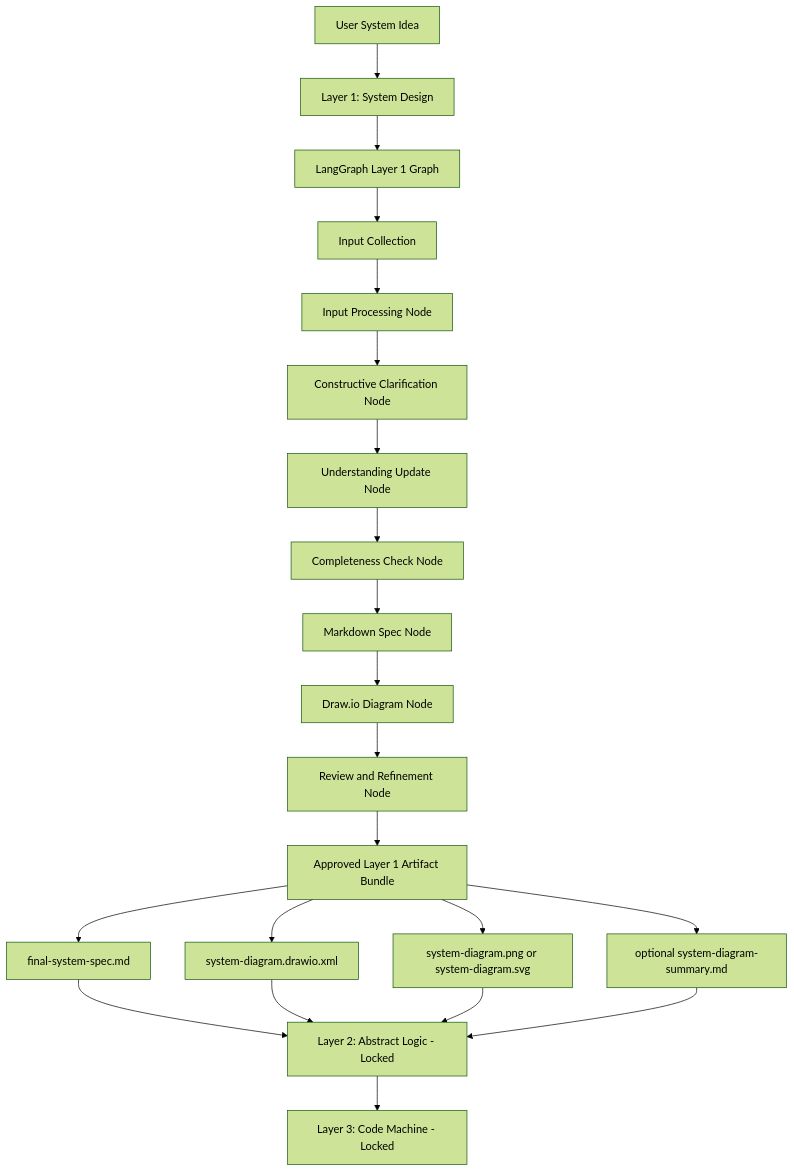
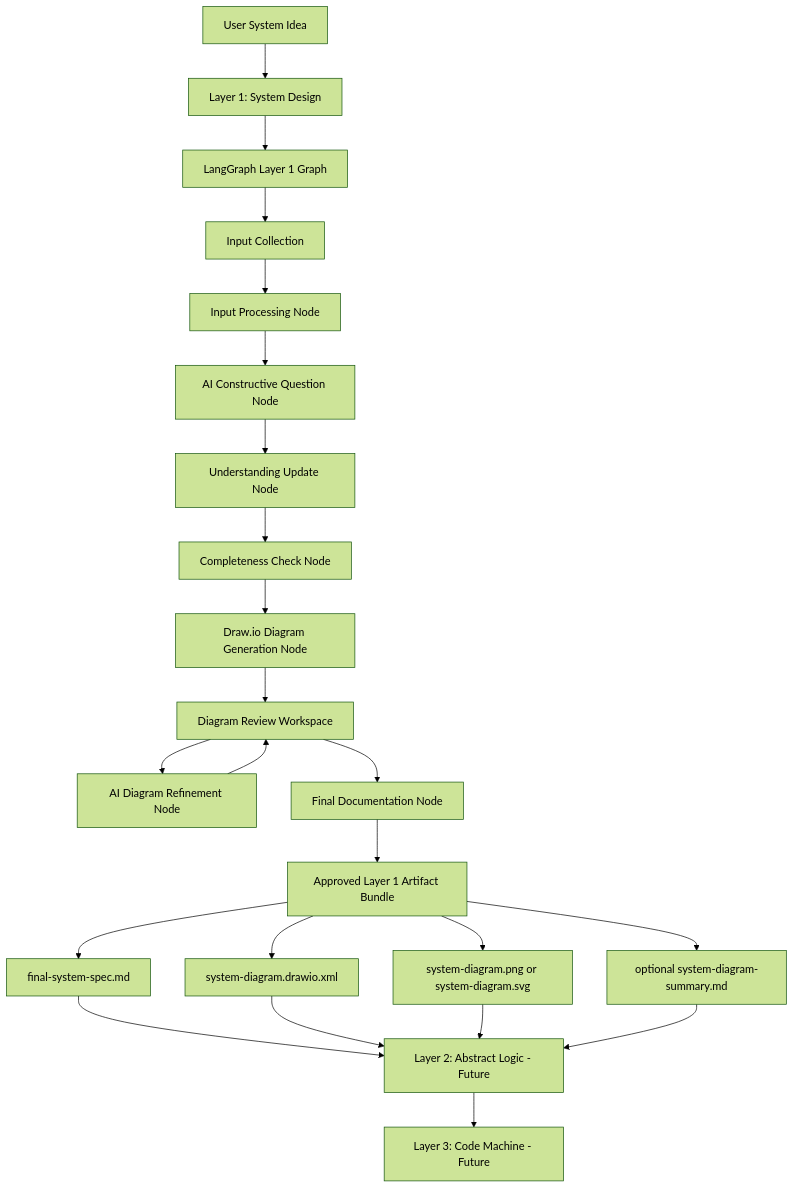
The first of 19 diagrams in Docs/system-design-detailed-plan.md (ProductMasterz/Mujarrad-Frontend), drawn with Mermaid (forest theme) before and after one commit. The commit also changed other lines of this file, not shown here.

Commit message:
Sync corrected system design roadmap

````diff
--- a/Docs/system-design-detailed-plan.md
+++ b/Docs/system-design-detailed-plan.md
@@ -140,28 +224,30 @@
 ```mermaid
 flowchart TD
     A[User System Idea] --> B[Layer 1: System Design]
 
     B --> LG[LangGraph Layer 1 Graph]
 
     LG --> B1[Input Collection]
     B1 --> B2[Input Processing Node]
-    B2 --> B3[Constructive Clarification Node]
+    B2 --> B3[AI Constructive Question Node]
     B3 --> B4[Understanding Update Node]
     B4 --> B5[Completeness Check Node]
-    B5 --> B6[Markdown Spec Node]
-    B6 --> B7[Draw.io Diagram Node]
-    B7 --> B8[Review and Refinement Node]
-    B8 --> B9[Approved Layer 1 Artifact Bundle]
+    B5 --> B6[Draw.io Diagram Generation Node]
+    B6 --> B7[Diagram Review Workspace]
+    B7 --> B8[AI Diagram Refinement Node]
+    B8 --> B7
+    B7 --> B9[Final Documentation Node]
+    B9 --> B10[Approved Layer 1 Artifact Bundle]
 
-    B9 --> E1[final-system-spec.md]
-    B9 --> E2[system-diagram.drawio.xml]
-    B9 --> E3[system-diagram.png or system-diagram.svg]
-    B9 --> E4[optional system-diagram-summary.md]
+    B10 --> E1[final-system-spec.md]
+    B10 --> E2[system-diagram.drawio.xml]
+    B10 --> E3[system-diagram.png or system-diagram.svg]
+    B10 --> E4[optional system-diagram-summary.md]
 
-    E1 --> C[Layer 2: Abstract Logic - Locked]
+    E1 --> C[Layer 2: Abstract Logic - Future]
     E2 --> C
     E3 --> C
     E4 --> C
 
-    C --> D[Layer 3: Code Machine - Locked]
+    C --> D[Layer 3: Code Machine - Future]
 ```
````
